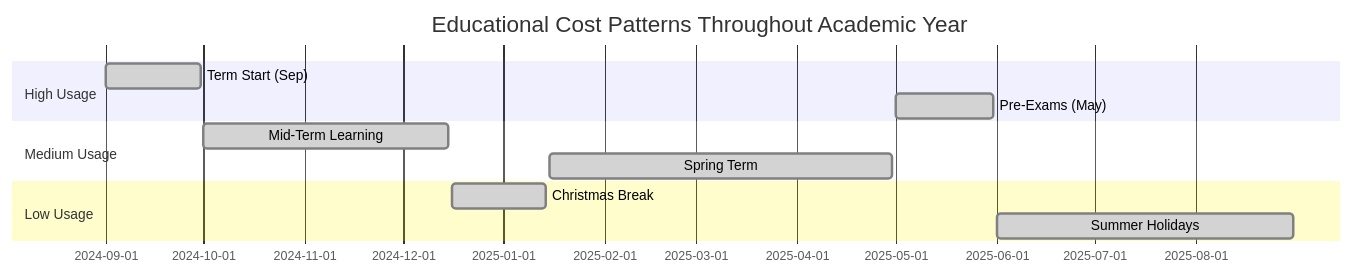
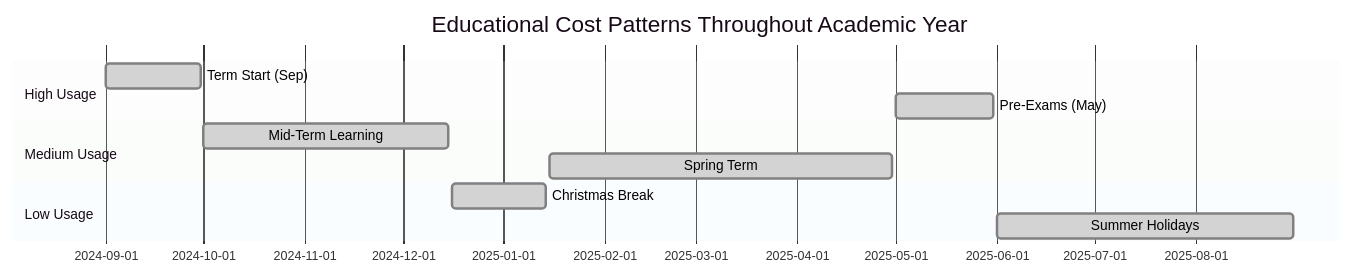
One commit to victorsaly/WorldLeadersGame changed the fourth of 9 diagrams in docs/_posts/2025-08-08-azure-cost-optimization-educational-platforms-per-user-attribution.md. Above: the diagram before and after it, drawn with Mermaid. The commit also changed other lines of this file and 1 other file, not shown here.

````diff
--- a/docs/_posts/2025-08-08-azure-cost-optimization-educational-platforms-per-user-attribution.md
+++ b/docs/_posts/2025-08-08-azure-cost-optimization-educational-platforms-per-user-attribution.md
@@ -387,14 +422,28 @@
 ```mermaid
+%%{init: {'theme':'base', 'themeVariables': {
+    'primaryColor': '#e3f2fd',
+    'primaryTextColor': '#000000',
+    'primaryBorderColor': '#1565c0',
+    'lineColor': '#1565c0',
+    'secondaryColor': '#fff3e0',
+    'tertiaryColor': '#e8f5e8',
+    'background': '#ffffff',
+    'taskBkgColor': '#e3f2fd',
+    'taskTextColor': '#000000',
+    'todayLineColor': '#c62828',
+    'sectionBkgColor': '#f5f5f5',
+    'altSectionBkgColor': '#e8f5e8'
+}}}%%
 gantt
     title Educational Cost Patterns Throughout Academic Year
     dateFormat  YYYY-MM-DD
     section High Usage
     Term Start (Sep)     :done,    term1, 2024-09-01, 2024-09-30
     Pre-Exams (May)      :done,    exams, 2025-05-01, 2025-05-31
     section Medium Usage
     Mid-Term Learning    :done,    mid1,  2024-10-01, 2024-12-15
     Spring Term          :done,    mid2,  2025-01-15, 2025-04-30
     section Low Usage
     Christmas Break      :done,    break1, 2024-12-16, 2025-01-14
     Summer Holidays      :done,    break2, 2025-06-01, 2025-08-31
 ```
````
